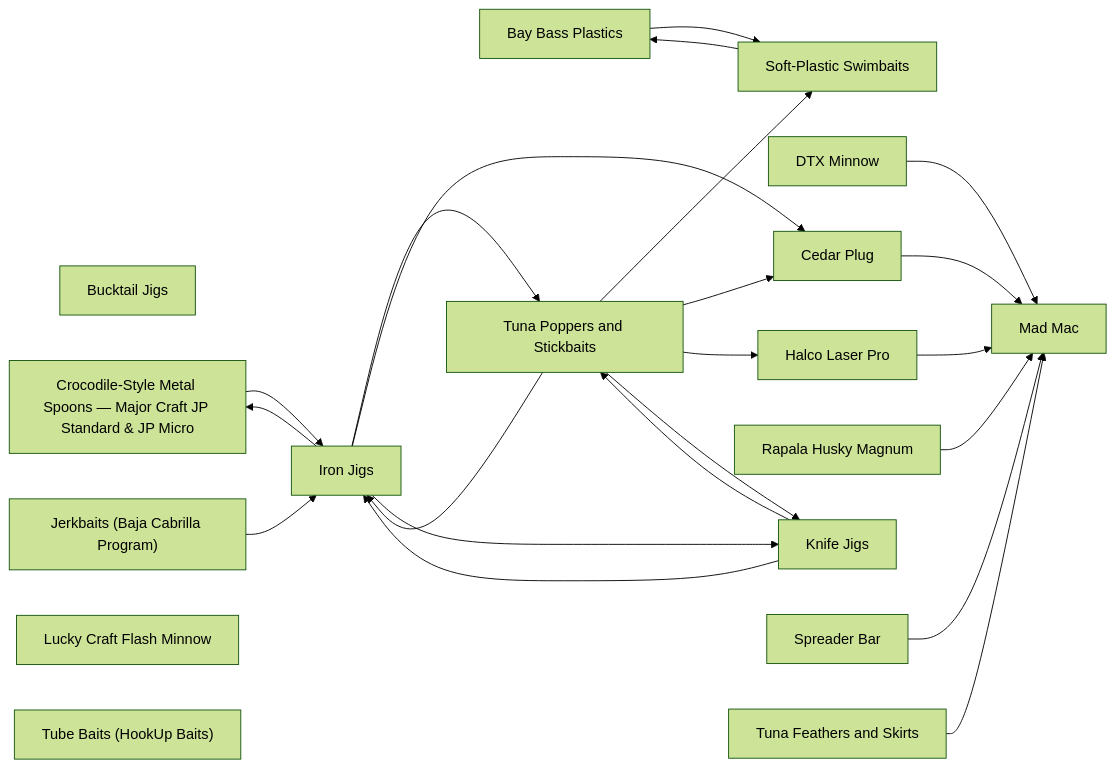
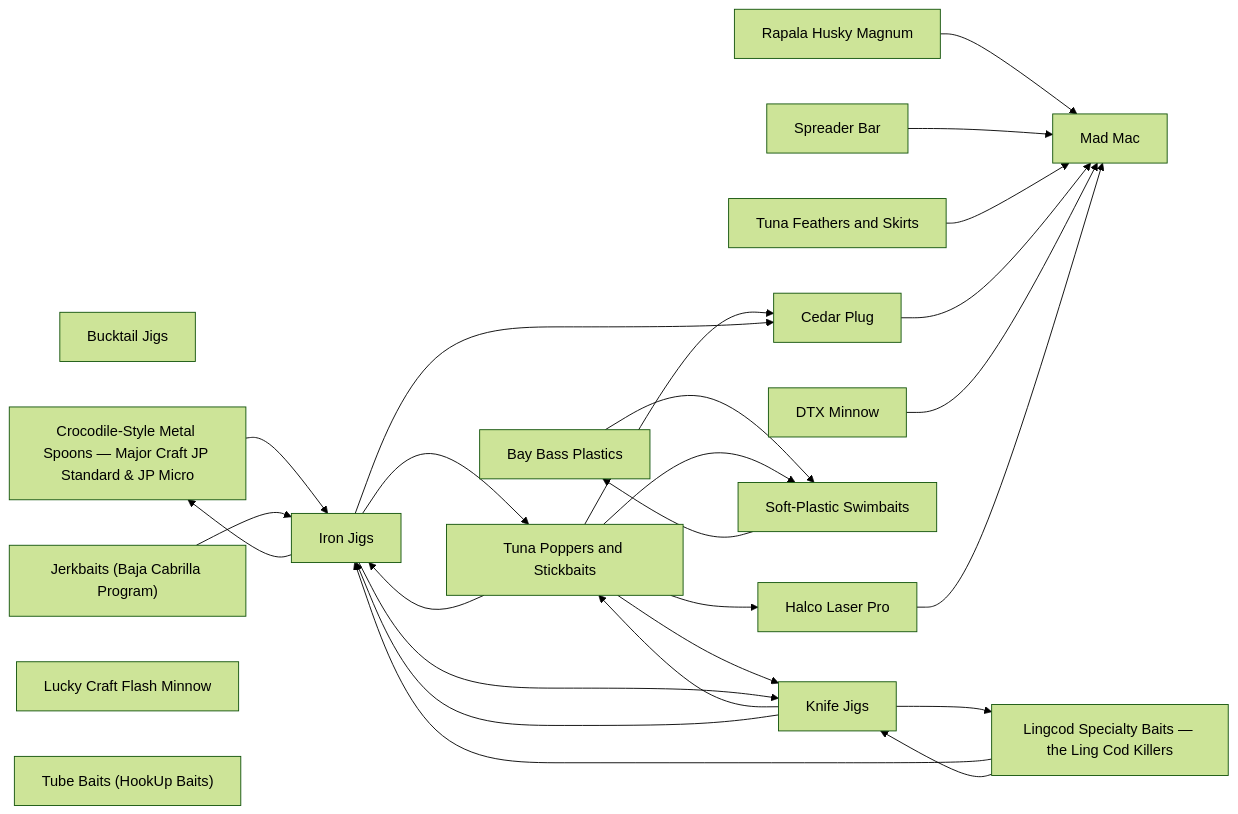
Before and after one commit to camchuckpete-max/Socal-Fishing-Knowledge: the diagram in lures/README.md, drawn with Mermaid (forest theme). The commit also changed other lines of this file and 12 other files, not shown here.

Commit message:
review: relocate lures/knife-jigs.md → lures/lingcod-specialty-baits.md

````diff
--- a/lures/README.md
+++ b/lures/README.md
@@ -33,41 +34,45 @@
 ```mermaid
 graph LR
   n0["Bay Bass Plastics"]
   n1["Bucktail Jigs"]
   n2["Cedar Plug"]
   n3["Crocodile-Style Metal Spoons — Major Craft JP Standard & JP Micro"]
   n4["DTX Minnow"]
   n5["Halco Laser Pro"]
   n6["Iron Jigs"]
   n7["Jerkbaits (Baja Cabrilla Program)"]
   n8["Knife Jigs"]
-  n9["Lucky Craft Flash Minnow"]
-  n10["Mad Mac"]
-  n11["Rapala Husky Magnum"]
-  n12["Soft-Plastic Swimbaits"]
-  n13["Spreader Bar"]
-  n14["Tube Baits (HookUp Baits)"]
-  n15["Tuna Feathers and Skirts"]
-  n16["Tuna Poppers and Stickbaits"]
-  n0 --> n12
-  n11 --> n10
-  n12 --> n0
-  n13 --> n10
-  n15 --> n10
-  n16 --> n12
-  n16 --> n2
-  n16 --> n5
-  n16 --> n6
-  n16 --> n8
-  n2 --> n10
+  n9["Lingcod Specialty Baits — the Ling Cod Killers"]
+  n10["Lucky Craft Flash Minnow"]
+  n11["Mad Mac"]
+  n12["Rapala Husky Magnum"]
+  n13["Soft-Plastic Swimbaits"]
+  n14["Spreader Bar"]
+  n15["Tube Baits (HookUp Baits)"]
+  n16["Tuna Feathers and Skirts"]
+  n17["Tuna Poppers and Stickbaits"]
+  n0 --> n13
+  n12 --> n11
+  n13 --> n0
+  n14 --> n11
+  n16 --> n11
+  n17 --> n13
+  n17 --> n2
+  n17 --> n5
+  n17 --> n6
+  n17 --> n8
+  n2 --> n11
   n3 --> n6
-  n4 --> n10
-  n5 --> n10
-  n6 --> n16
+  n4 --> n11
+  n5 --> n11
+  n6 --> n17
   n6 --> n2
   n6 --> n3
   n6 --> n8
   n7 --> n6
-  n8 --> n16
+  n8 --> n17
   n8 --> n6
+  n8 --> n9
+  n9 --> n6
+  n9 --> n8
 ```
````
